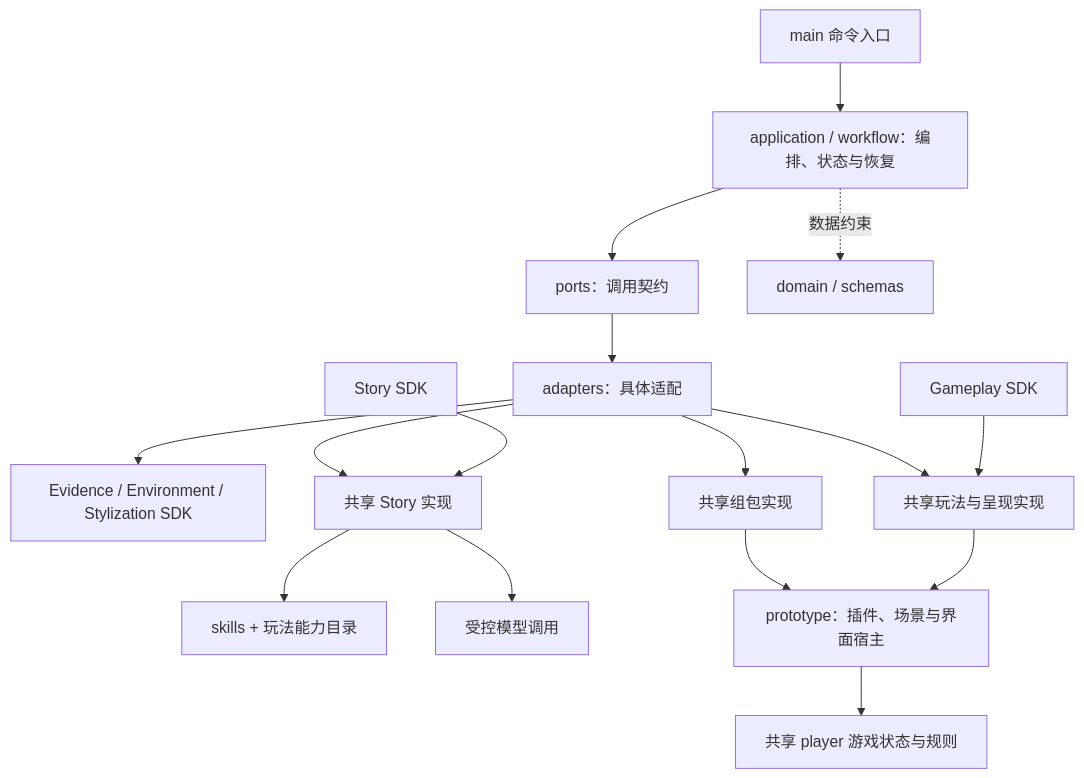
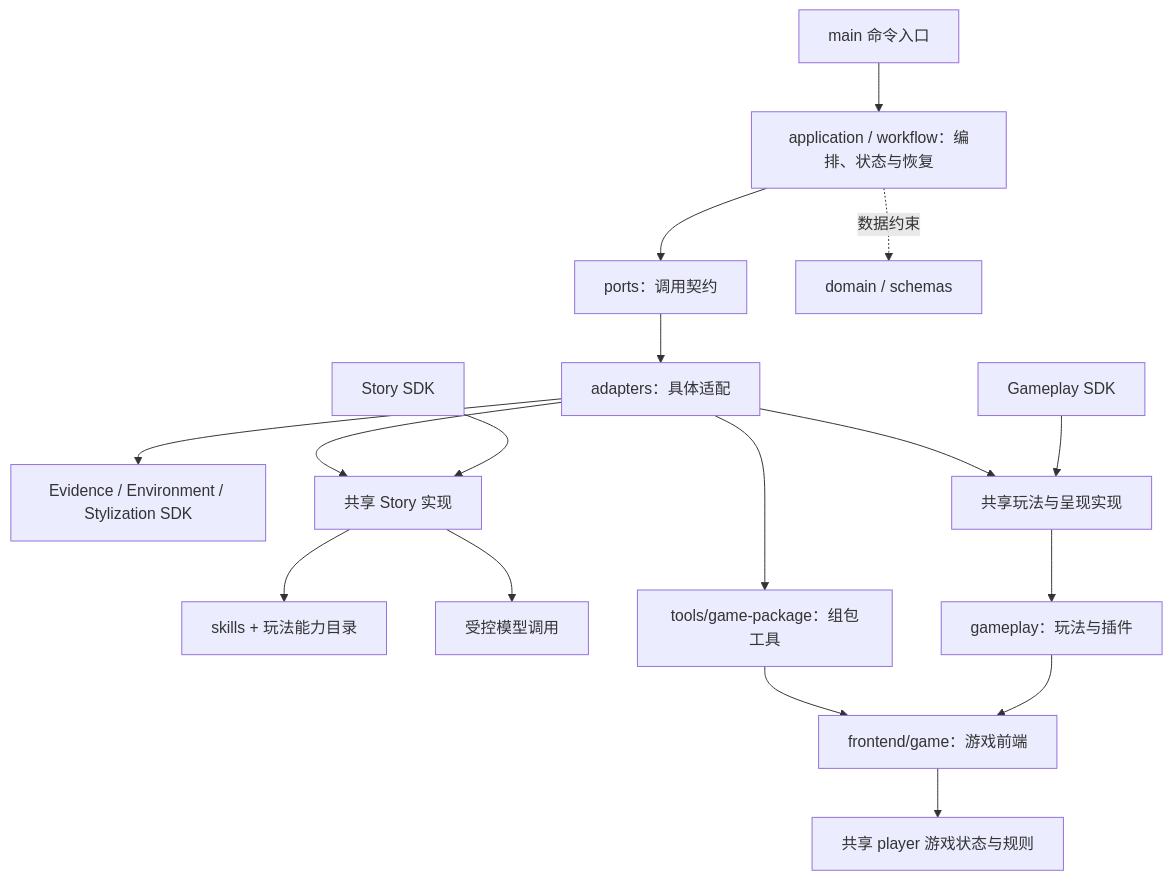
One commit to Psyche0920/PastPort changed the second of 2 diagrams in README.md. Above: the diagram before and after it, drawn with Mermaid. The commit also changed other lines of this file and 51 other files, not shown here.

Commit message:
Separate game frontend, gameplay plugins and packaging tools

````diff
--- a/README.md
+++ b/README.md
@@ -69,18 +73,19 @@
 ```mermaid
 flowchart TB
     Main[main 命令入口] --> App[application / workflow：编排、状态与恢复]
     App --> Ports[ports：调用契约]
     Ports --> Adapters[adapters：具体适配]
     Adapters --> Upstream[Evidence / Environment / Stylization SDK]
     Story[Story SDK] --> Shared[共享 Story 实现]
     Gameplay[Gameplay SDK] --> Prep[共享玩法与呈现实现]
     Adapters --> Shared
     Adapters --> Prep
     Shared --> Rules[skills + 玩法能力目录]
     Shared --> Model[受控模型调用]
-    Prep --> Host[prototype：插件、场景与界面宿主]
-    Adapters --> Pack[共享组包实现]
+    Prep --> Plugins[gameplay：玩法与插件]
+    Plugins --> Host[frontend/game：游戏前端]
+    Adapters --> Pack[tools/game-package：组包工具]
     Pack --> Host
     Host --> Player[共享 player 游戏状态与规则]
     App -.数据约束.-> Domain[domain / schemas]
 ```
````
